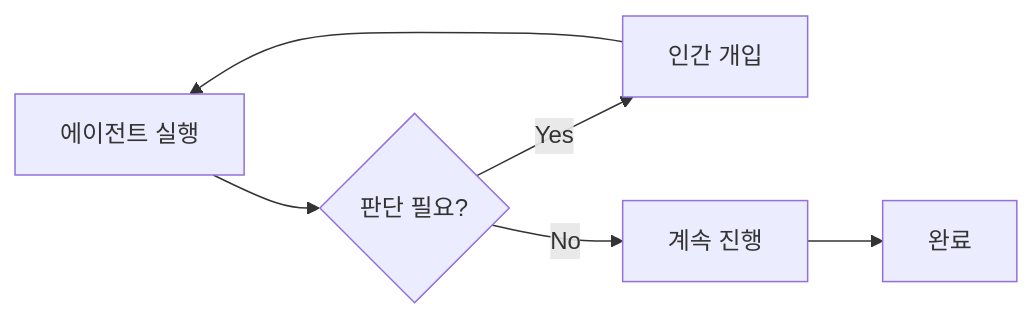
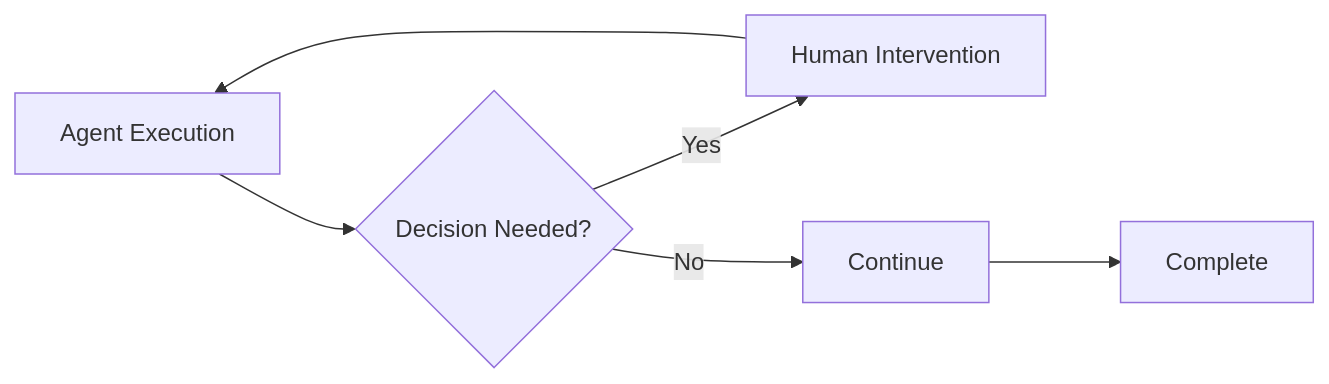
The first of 2 diagrams in docs/guide/core-concepts.md (choo121600/dure), drawn with Mermaid before and after one commit. The commit also changed other lines of this file and 38 other files, not shown here.

````diff
--- a/docs/guide/core-concepts.md
+++ b/docs/guide/core-concepts.md
@@ -13,8 +13,8 @@
 ```mermaid
 graph LR
-    A[에이전트 실행] --> B{판단 필요?}
-    B -->|Yes| C[인간 개입]
-    B -->|No| D[계속 진행]
+    A[Agent Execution] --> B{Decision Needed?}
+    B -->|Yes| C[Human Intervention]
+    B -->|No| D[Continue]
     C --> A
-    D --> E[완료]
+    D --> E[Complete]
 ```
````
